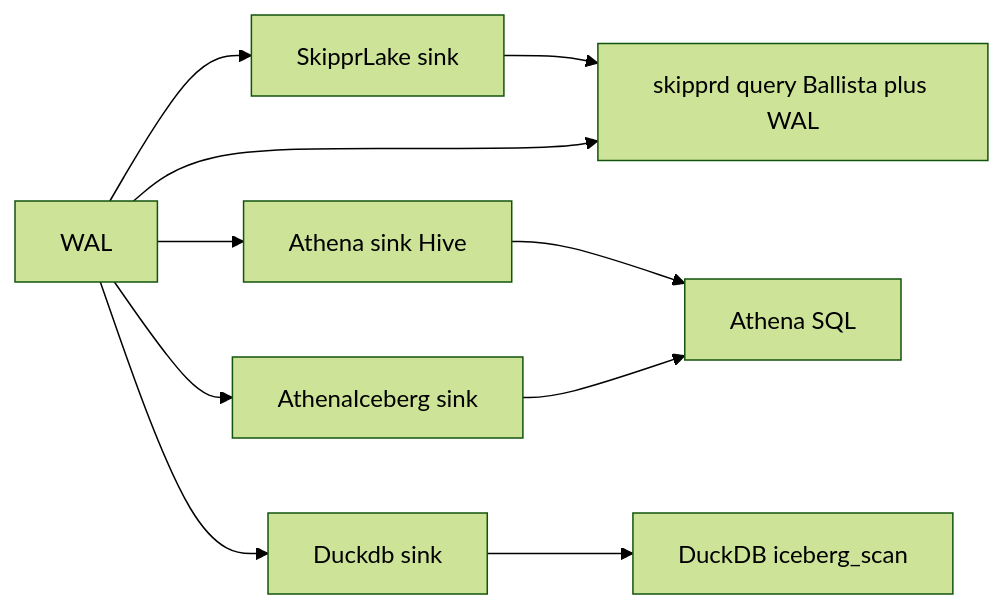
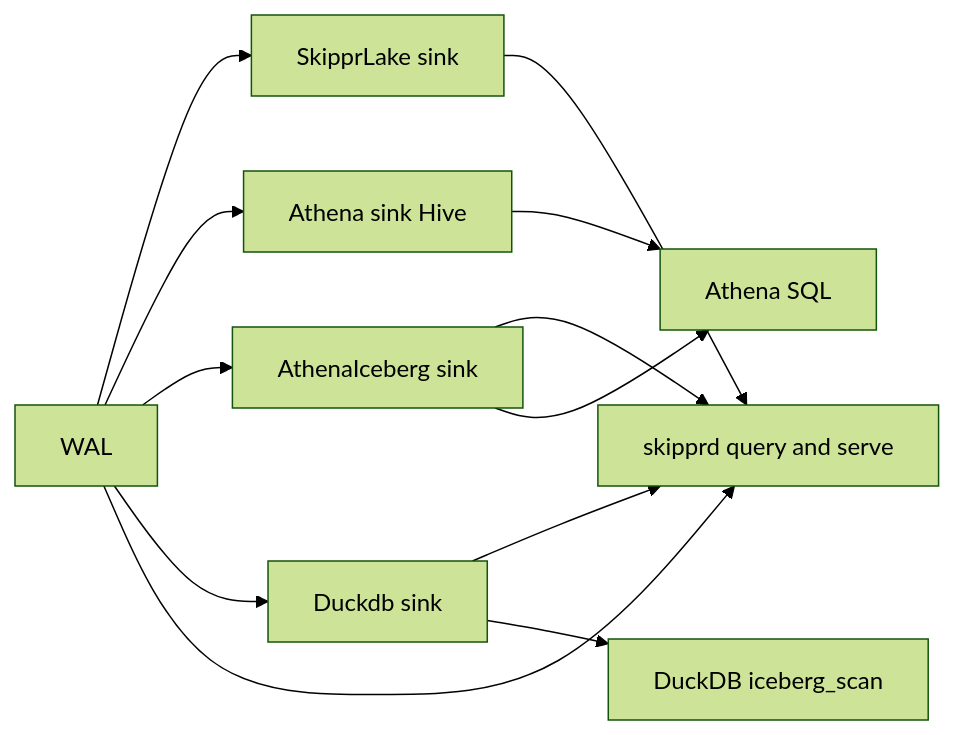
Before and after one commit to skipprd/skipprd: the diagram in docs/docs/maintainers/warehouse-sinks-cutover.md, drawn with Mermaid (forest theme). The commit also changed other lines of this file and 73 other files, not shown here.

First line of the commit message:
Expose SkipprLake as Iceberg namespace.table through skipprd serve.

````diff
--- a/docs/docs/maintainers/warehouse-sinks-cutover.md
+++ b/docs/docs/maintainers/warehouse-sinks-cutover.md
@@ -86,12 +87,14 @@
 ```mermaid
 flowchart LR
   wal[WAL] --> lake[SkipprLake sink]
   wal --> ath[Athena sink Hive]
   wal --> athI[AthenaIceberg sink]
   wal --> duck[Duckdb sink]
-  lake --> ballista[skipprd query Ballista plus WAL]
-  wal --> ballista
+  lake --> query[skipprd query and serve]
+  athI --> query
+  duck --> query
+  wal --> query
   ath --> athena[Athena SQL]
   athI --> athena
   duck --> duckdbClients[DuckDB iceberg_scan]
 ```
````
